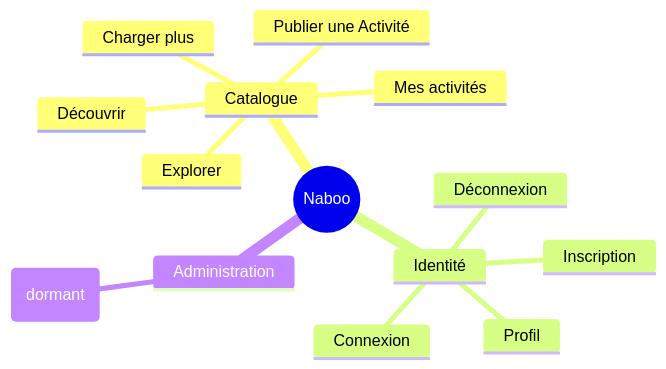
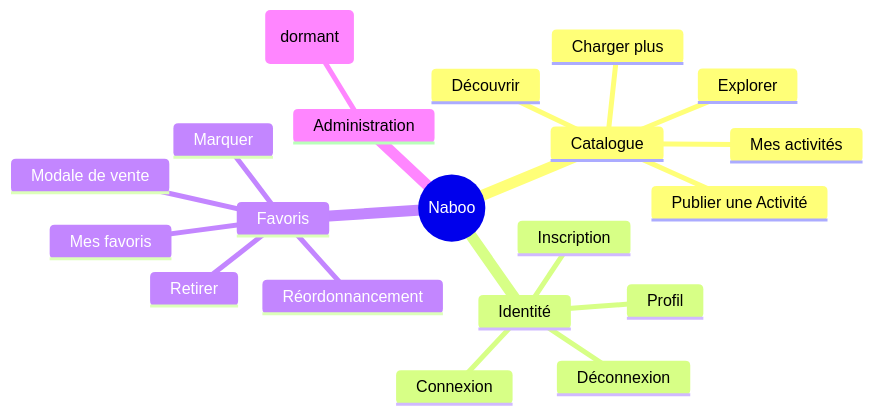
One commit to rlapray/naboo-case-study changed the diagram in docs/features/FEATURES.md. Above: the diagram before and after it, drawn with Mermaid. The commit also changed other lines of this file and 2 other files, not shown here.

````diff
--- a/docs/features/FEATURES.md
+++ b/docs/features/FEATURES.md
@@ -9,17 +9,23 @@
 ```mermaid
 mindmap
   root((Naboo))
     Catalogue
       Découvrir
       Explorer
       Publier une Activité
       Mes activités
       Charger plus
     Identité
       Inscription
       Connexion
       Déconnexion
       Profil
+    Favoris
+      Marquer
+      Retirer
+      Mes favoris
+      Réordonnancement
+      Modale de vente
     Administration
       Rôle (dormant)
 ```
````
